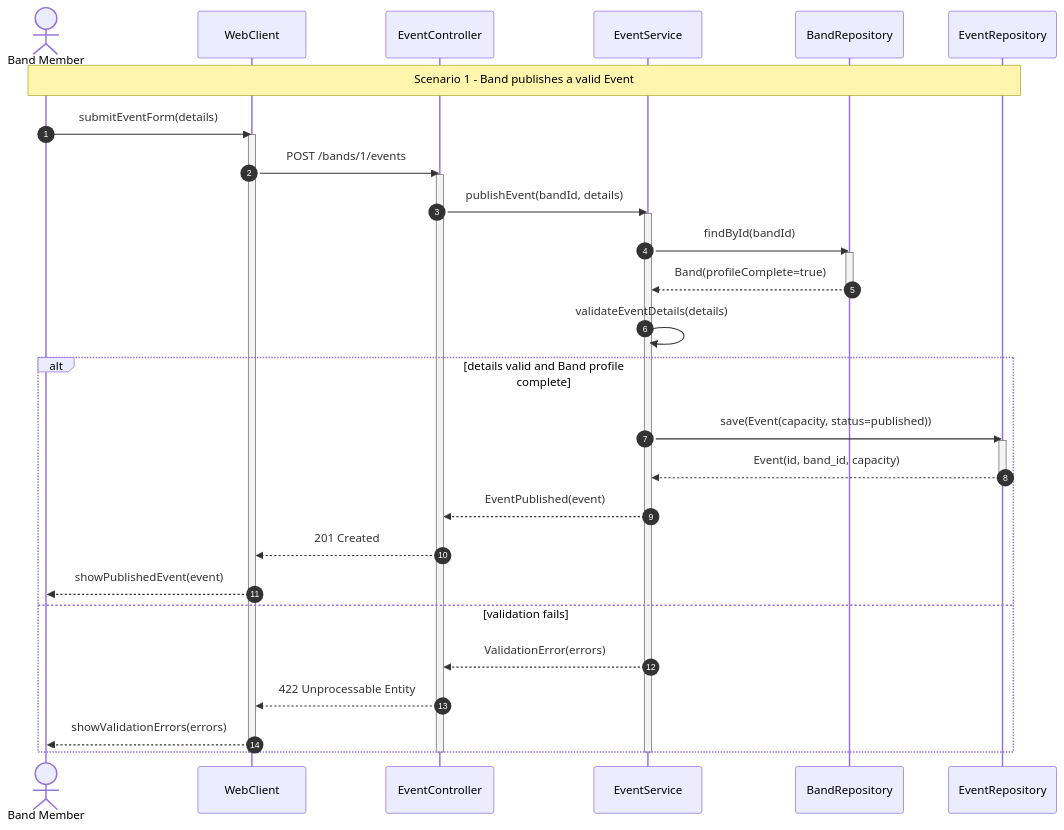
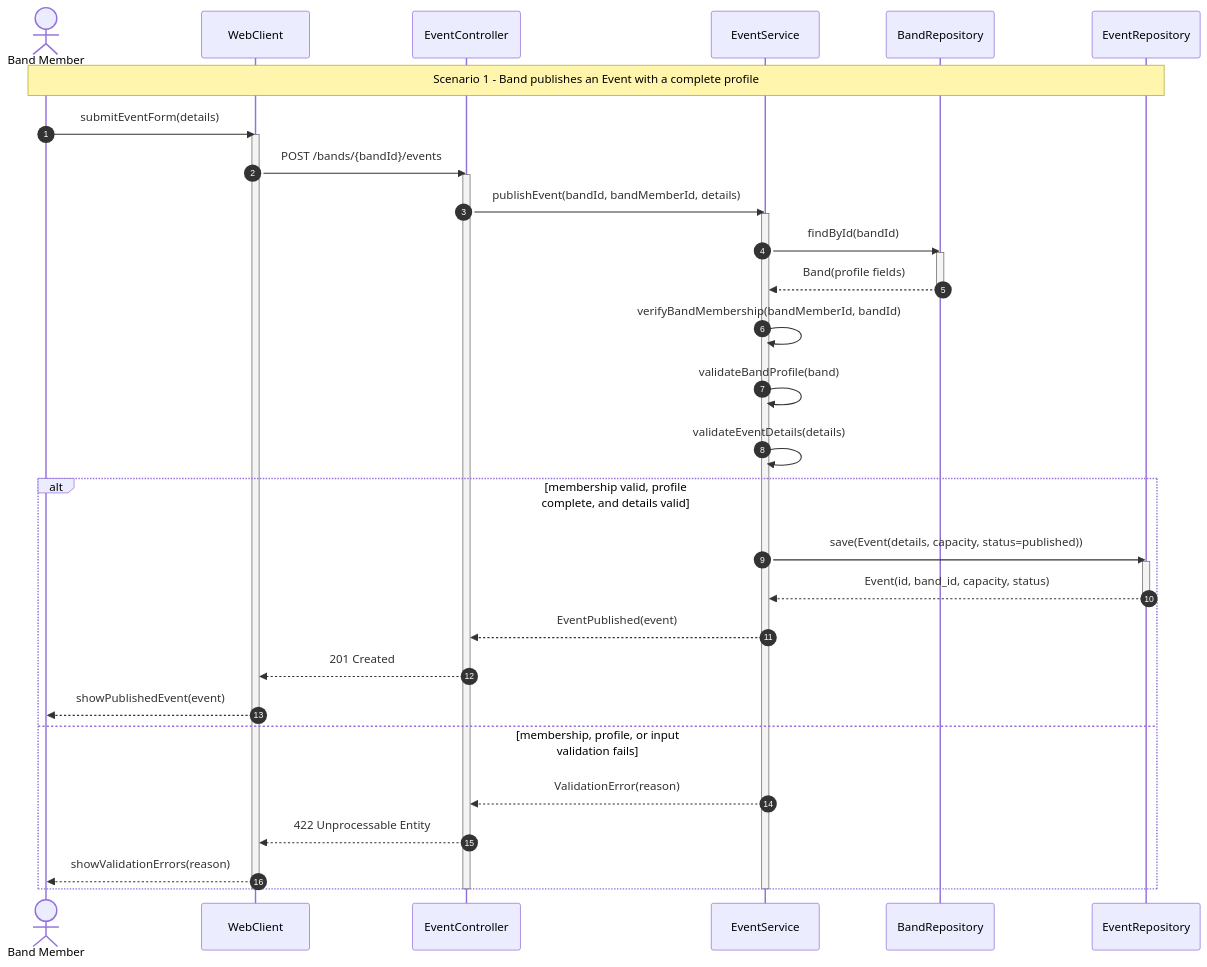
One commit to therealsunfl0wer/SMRA-labs changed the diagram in 3-sequence/diagrams/scenario-01-publish-event.mmd. Above: the diagram before and after it, drawn with Mermaid.

Commit message:
ai: align Event publication sequence with profile and membership checks

```diff
--- a/3-sequence/diagrams/scenario-01-publish-event.mmd
+++ b/3-sequence/diagrams/scenario-01-publish-event.mmd
@@ -1,36 +1,38 @@
 sequenceDiagram
     autonumber
     actor BM as Band Member
     participant UI as WebClient
     participant API as EventController
     participant ES as EventService
     participant BR as BandRepository
     participant ER as EventRepository
-    Note over BM,ER: Scenario 1 - Band publishes a valid Event
+    Note over BM,ER: Scenario 1 - Band publishes an Event with a complete profile
     BM->>UI: submitEventForm(details)
     activate UI
-    UI->>API: POST /bands/1/events
+    UI->>API: POST /bands/{bandId}/events
     activate API
-    API->>ES: publishEvent(bandId, details)
+    API->>ES: publishEvent(bandId, bandMemberId, details)
     activate ES
     ES->>BR: findById(bandId)
     activate BR
-    BR-->>ES: Band(profileComplete=true)
+    BR-->>ES: Band(profile fields)
     deactivate BR
+    ES->>ES: verifyBandMembership(bandMemberId, bandId)
+    ES->>ES: validateBandProfile(band)
     ES->>ES: validateEventDetails(details)
-    alt details valid and Band profile complete
-        ES->>ER: save(Event(capacity, status=published))
+    alt membership valid, profile complete, and details valid
+        ES->>ER: save(Event(details, capacity, status=published))
         activate ER
-        ER-->>ES: Event(id, band_id, capacity)
+        ER-->>ES: Event(id, band_id, capacity, status)
         deactivate ER
         ES-->>API: EventPublished(event)
         API-->>UI: 201 Created
         UI-->>BM: showPublishedEvent(event)
-    else validation fails
-        ES-->>API: ValidationError(errors)
+    else membership, profile, or input validation fails
+        ES-->>API: ValidationError(reason)
         API-->>UI: 422 Unprocessable Entity
-        UI-->>BM: showValidationErrors(errors)
+        UI-->>BM: showValidationErrors(reason)
     end
     deactivate ES
     deactivate API
     deactivate UI
```
